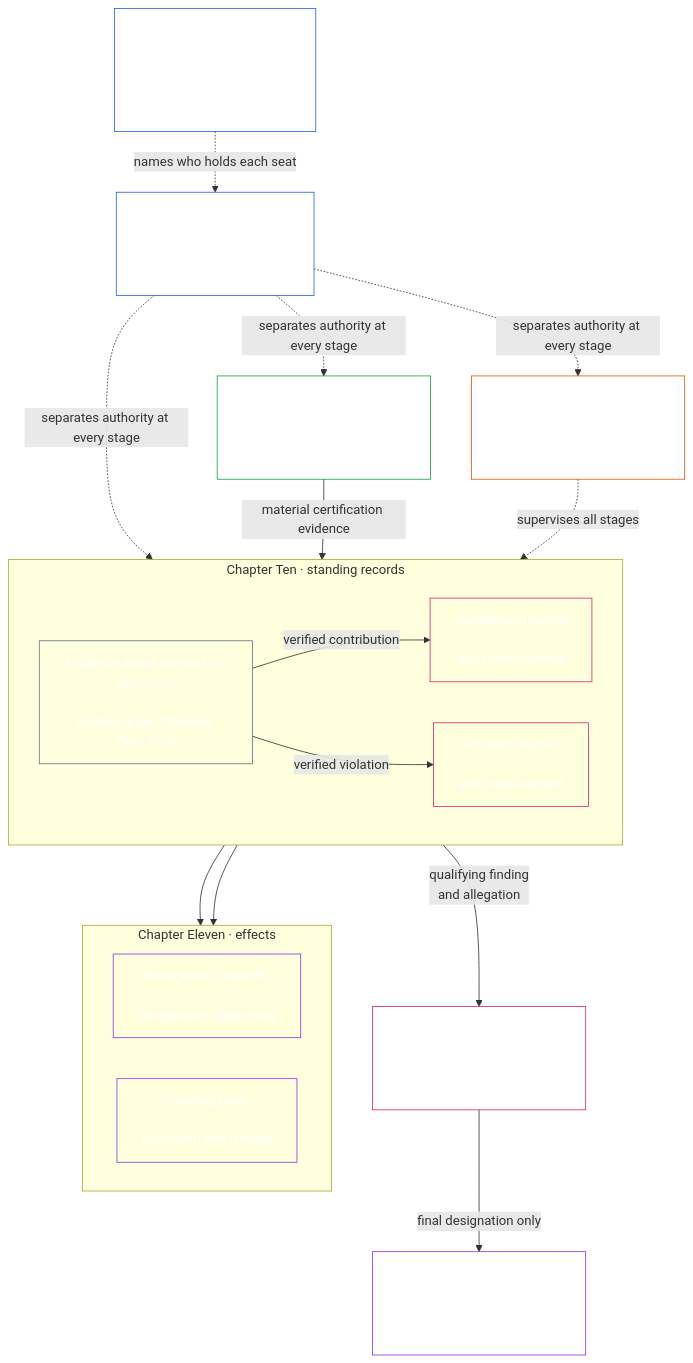
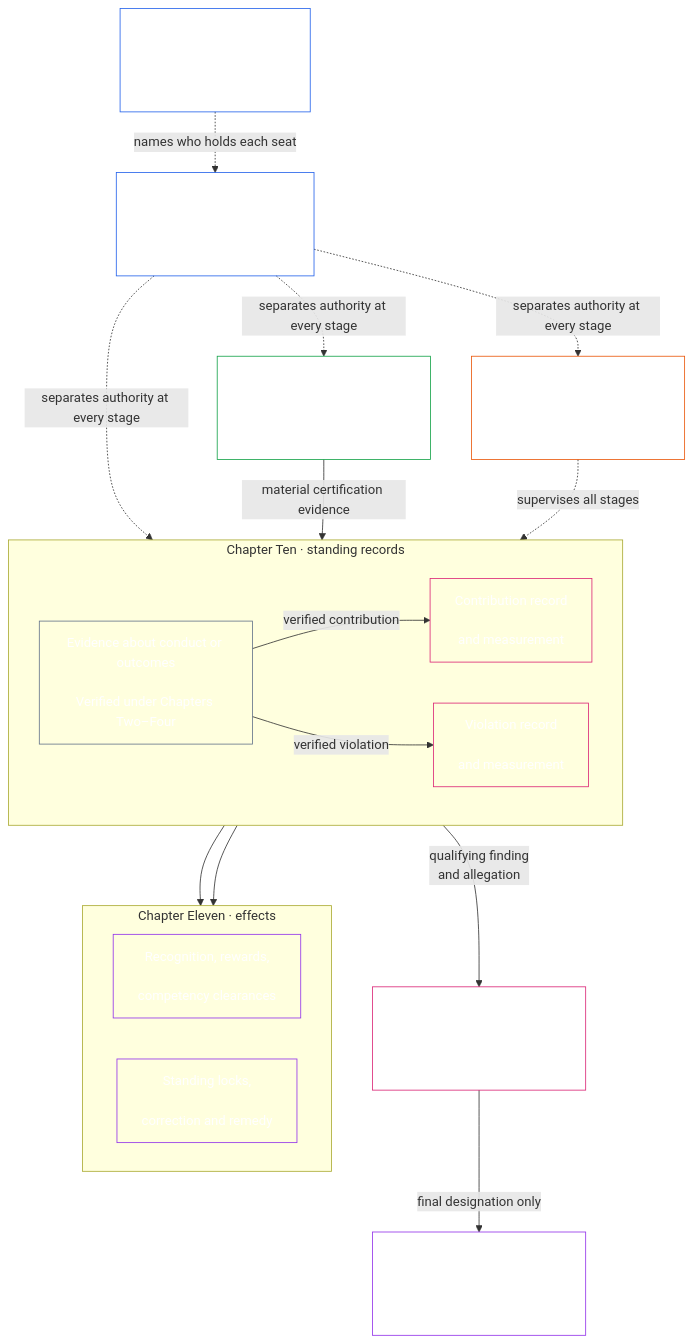
Diagram 15 of 24 in guides/CONCEPTUAL_OVERVIEW.md (kfoelsch/Sentient_Constitution), drawn with Mermaid before and after one commit. The commit also changed 18 other files, not shown here.

````diff
--- a/guides/CONCEPTUAL_OVERVIEW.md
+++ b/guides/CONCEPTUAL_OVERVIEW.md
@@ -710,43 +710,43 @@
 ```mermaid
 flowchart TB
-    K["Chapter Seven<br/><br/>System and Institutional<br/>Charters: published scope<br/>and seat map"]
+    K["Chapter Seven<br/><br/>System and Institutional<br/>Charters"]
     D["Chapter Eight<br/><br/>Functional independence<br/>and segregation of duties"]
     S["Chapter Nine<br/><br/>System alignment certification"]
     subgraph Q["Chapter Ten · standing records"]
         direction LR
         E["Evidence about conduct or outcomes<br/><br/>Verified under Chapters Two–Four"]
         C["Contribution record<br/><br/>and measurement"]
         V["Violation record<br/><br/>and measurement"]
     end
     subgraph N["Chapter Eleven · effects"]
         direction LR
         U["Recognition, rewards,<br/><br/>competency clearances"]
         R["Standing locks,<br/><br/>correction and remedy"]
     end
     M["Chapter Twelve<br/><br/>Anti-constitutional misconduct review"]
     L["Chapter Eleven<br/><br/>Anti-Constitutional Trust Lock"]
     F["Chapter Thirteen forums<br/><br/>Supervision, challenge and timely review"]
     K -.->|names who holds each seat| D
     D -.->|separates authority at every stage| S
     D -.->|separates authority at every stage| E
     D -.->|separates authority at every stage| F
     C --> U
     V --> R
     M -->|final designation only| L
     V -->|qualifying finding<br/>and allegation| M
     S -->|material certification evidence| E
     E -->|verified contribution| C
     E -->|verified violation| V
     F -.->|supervises all stages| E
     style K fill:none,stroke:#2563eb,color:#ffffff
     style D fill:none,stroke:#2563eb,color:#ffffff
     style S fill:none,stroke:#16a34a,color:#ffffff
     style E fill:none,stroke:#64748b,color:#ffffff
     style C fill:none,stroke:#db2777,color:#ffffff
     style V fill:none,stroke:#db2777,color:#ffffff
     style U fill:none,stroke:#9333ea,color:#ffffff
     style R fill:none,stroke:#9333ea,color:#ffffff
     style M fill:none,stroke:#db2777,color:#ffffff
     style L fill:none,stroke:#9333ea,color:#ffffff
     style F fill:none,stroke:#ea580c,color:#ffffff
 ```
````
